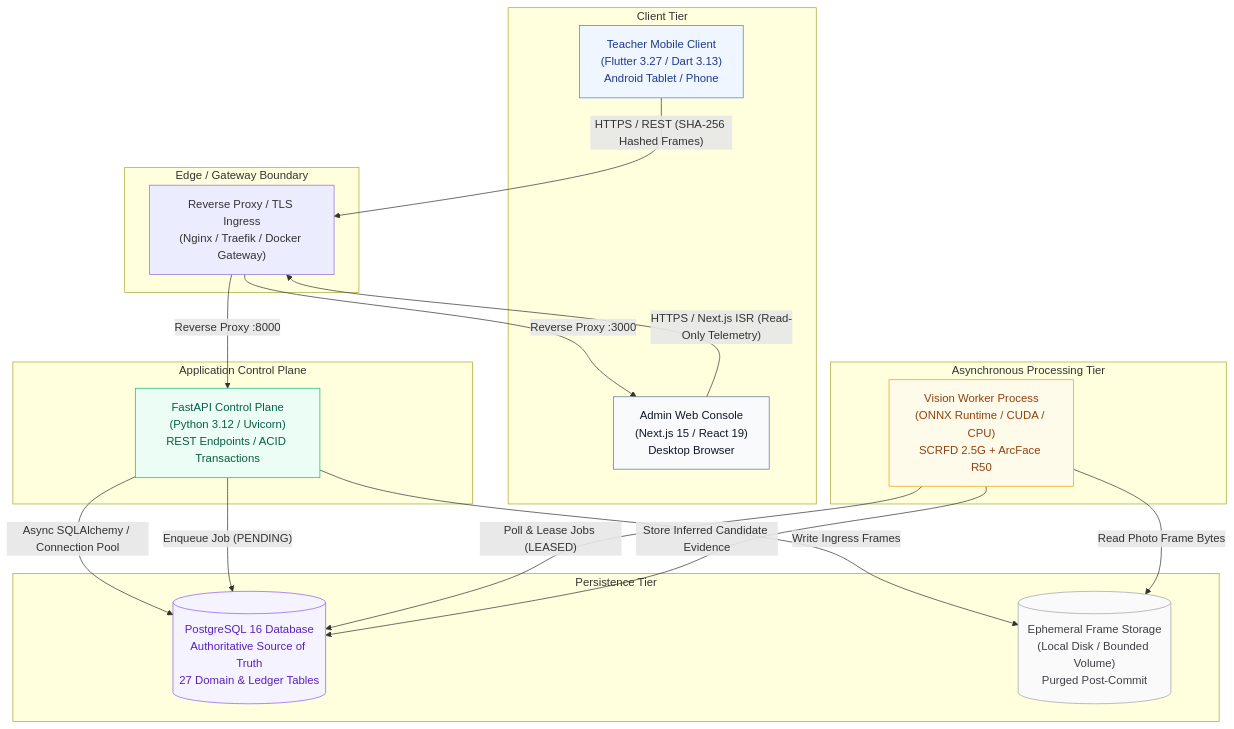
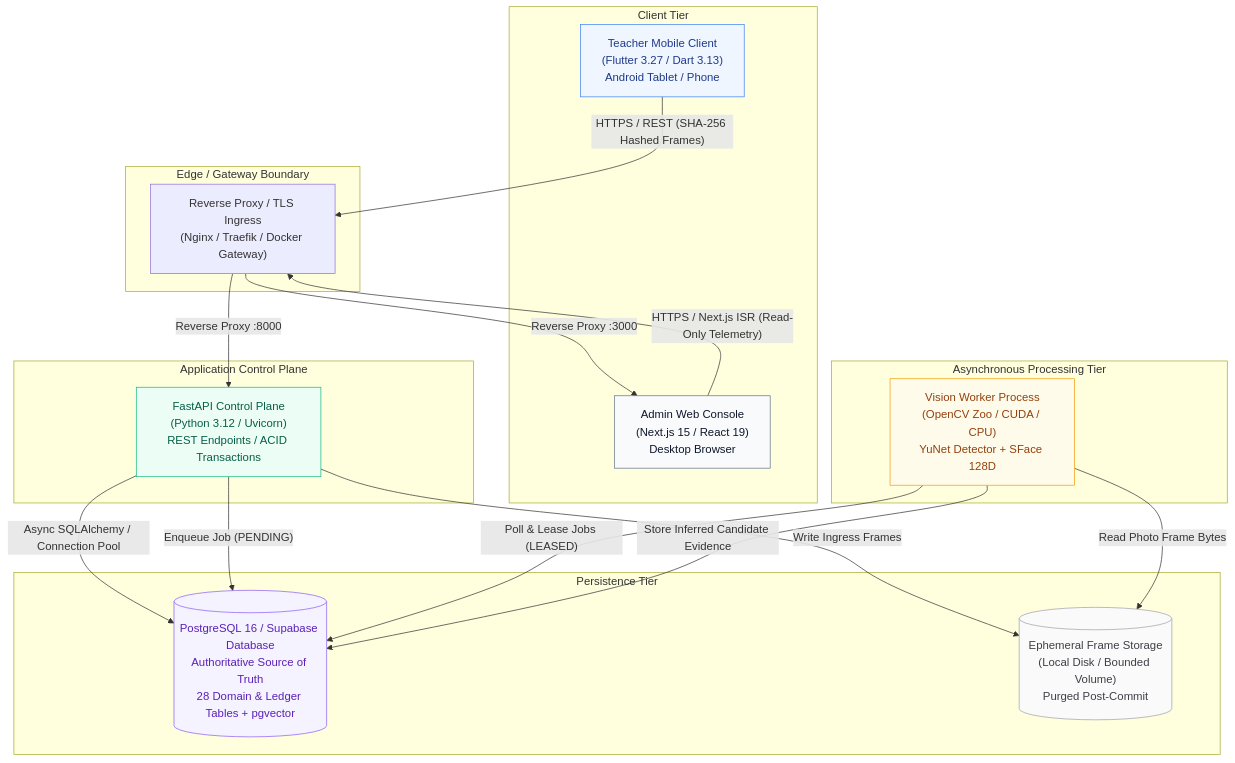
The first of 2 diagrams in wiki/System-Architecture.md (KatkamKoushik/K-Squared-Face-Recognition-Attendance-System), drawn with Mermaid before and after one commit. The commit also changed other lines of this file and 33 other files, not shown here.

````diff
--- a/wiki/System-Architecture.md
+++ b/wiki/System-Architecture.md
@@ -9,45 +9,45 @@
 ```mermaid
 flowchart TD
     subgraph Client Tier
         TM["Teacher Mobile Client<br/>(Flutter 3.27 / Dart 3.13)<br/>Android Tablet / Phone"]
         AC["Admin Web Console<br/>(Next.js 15 / React 19)<br/>Desktop Browser"]
     end
 
     subgraph Edge / Gateway Boundary
         ING["Reverse Proxy / TLS Ingress<br/>(Nginx / Traefik / Docker Gateway)"]
     end
 
     subgraph Application Control Plane
         API["FastAPI Control Plane<br/>(Python 3.12 / Uvicorn)<br/>REST Endpoints / ACID Transactions"]
     end
 
     subgraph Asynchronous Processing Tier
-        VW["Vision Worker Process<br/>(ONNX Runtime / CUDA / CPU)<br/>SCRFD 2.5G + ArcFace R50"]
+        VW["Vision Worker Process<br/>(OpenCV Zoo / CUDA / CPU)<br/>YuNet Detector + SFace 128D"]
     end
 
     subgraph Persistence Tier
-        DB[("PostgreSQL 16 Database<br/>Authoritative Source of Truth<br/>27 Domain & Ledger Tables")]
+        DB[("PostgreSQL 16 / Supabase Database<br/>Authoritative Source of Truth<br/>28 Domain & Ledger Tables + pgvector")]
         FS[("Ephemeral Frame Storage<br/>(Local Disk / Bounded Volume)<br/>Purged Post-Commit")]
     end
 
     TM -->|"HTTPS / REST (SHA-256 Hashed Frames)"| ING
     AC -->|"HTTPS / Next.js ISR (Read-Only Telemetry)"| ING
 
     ING -->|"Reverse Proxy :8000"| API
     ING -->|"Reverse Proxy :3000"| AC
 
     API -->|"Async SQLAlchemy / Connection Pool"| DB
     API -->|"Write Ingress Frames"| FS
     API -->|"Enqueue Job (PENDING)"| DB
 
     VW -->|"Poll & Lease Jobs (LEASED)"| DB
     VW -->|"Read Photo Frame Bytes"| FS
     VW -->|"Store Inferred Candidate Evidence"| DB
 
     style TM fill:#eff6ff,stroke:#3b82f6,color:#1e3a8a
     style AC fill:#f8fafc,stroke:#64748b,color:#0f172a
     style API fill:#ecfdf5,stroke:#10b981,color:#065f46
     style VW fill:#fffbeb,stroke:#f59e0b,color:#92400e
     style DB fill:#f5f3ff,stroke:#8b5cf6,color:#5b21b6
     style FS fill:#fafafa,stroke:#a1a1aa,color:#3f3f46
 ```
````
